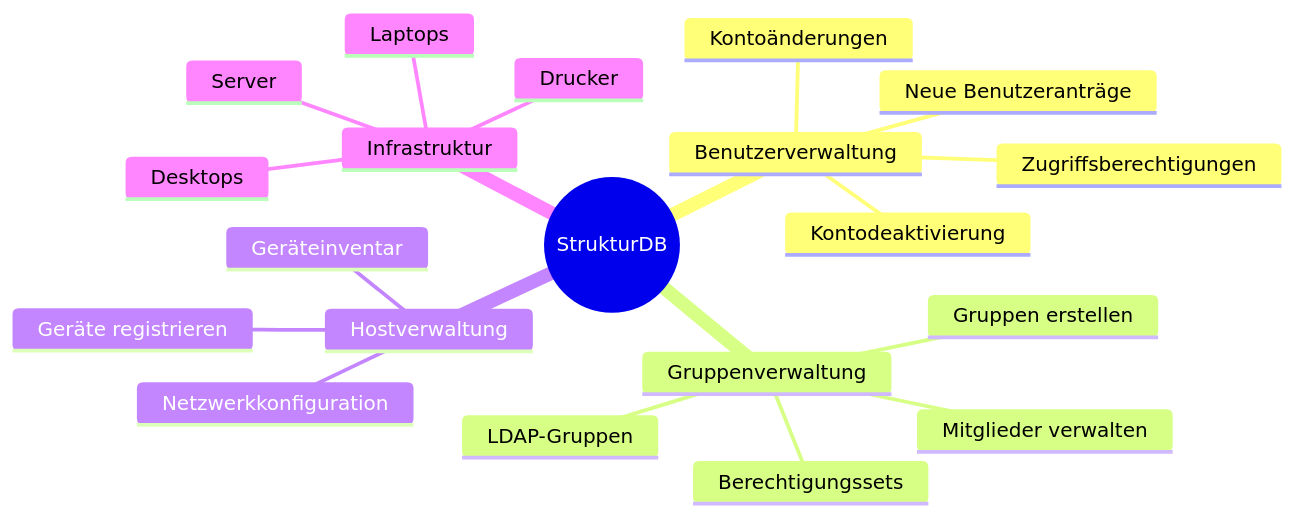
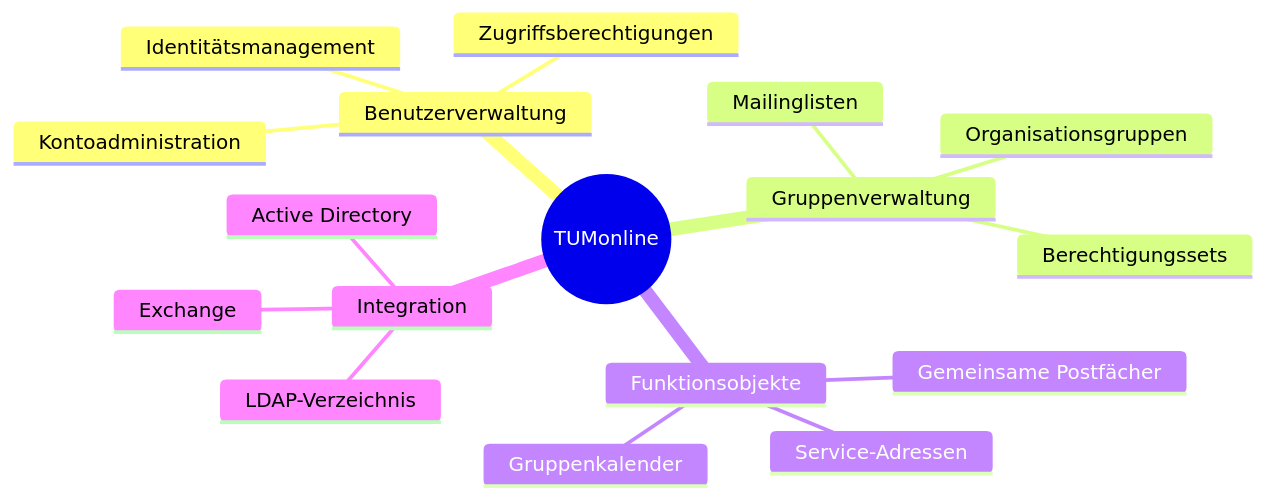
The first of 6 diagrams in de/chapters/03-benutzerverwaltung.qmd (jtimo/tum-ito-admin-guide), drawn with Mermaid before and after one commit. The commit also changed other lines of this file and 21 other files, not shown here.

````diff
--- a/de/chapters/03-benutzerverwaltung.qmd
+++ b/de/chapters/03-benutzerverwaltung.qmd
@@ -21,24 +21,21 @@
 ```{mermaid}
-%%| fig-cap: "StrukturDB Kernfunktionen"
+%%| fig-cap: "TUMonline Kernfunktionen für IT-Admins"
 mindmap
-    root((StrukturDB))
+    root((TUMonline))
         Benutzerverwaltung
-            Neue Benutzeranträge
-            Kontoänderungen
+            Kontoadministration
             Zugriffsberechtigungen
-            Kontodeaktivierung
+            Identitätsmanagement
         Gruppenverwaltung
-            Gruppen erstellen
-            Mitglieder verwalten
-            LDAP-Gruppen
+            Organisationsgruppen
+            Mailinglisten
             Berechtigungssets
-        Hostverwaltung
-            Geräte registrieren
-            Netzwerkkonfiguration
-            Geräteinventar
-        Infrastruktur
-            Laptops
-            Desktops
-            Drucker
-            Server
+        Funktionsobjekte
+            Gemeinsame Postfächer
+            Gruppenkalender
+            Service-Adressen
+        Integration
+            LDAP-Verzeichnis
+            Active Directory
+            Exchange
 ```
````
